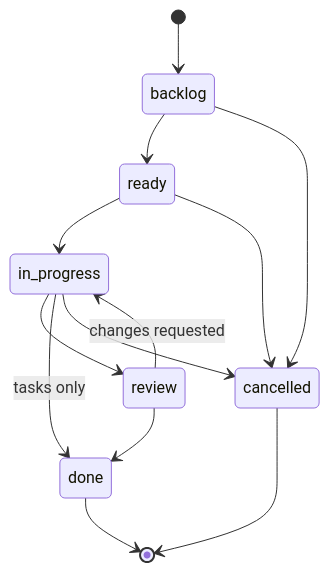
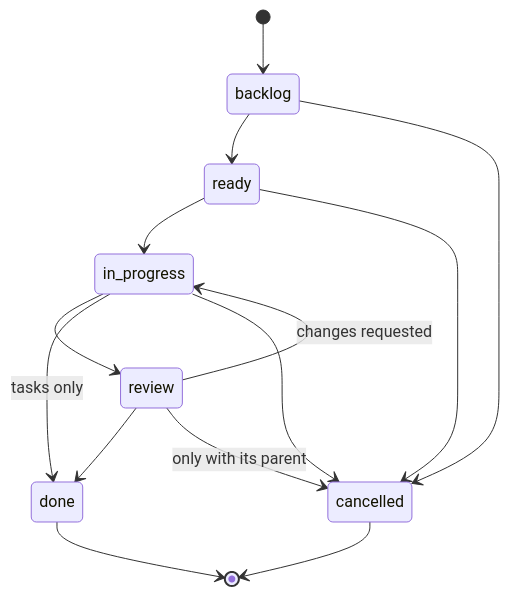
Before and after one commit to bytepunx/system-flow: the second of 2 diagrams in design/system/work-hierarchy.md, drawn with Mermaid. The commit also changed other lines of this file and 10 other files, not shown here.

First line of the commit message:
docs: [S-0070] what a cancellation does now, and what an agent does when its story is cancelled

````diff
--- a/design/system/work-hierarchy.md
+++ b/design/system/work-hierarchy.md
@@ -50,15 +50,16 @@
 ```mermaid
 stateDiagram-v2
     [*] --> backlog
     backlog --> ready
     ready --> in_progress
     in_progress --> review
     in_progress --> done: tasks only
     review --> in_progress: changes requested
     review --> done
     backlog --> cancelled
     ready --> cancelled
     in_progress --> cancelled
+    review --> cancelled: only with its parent
     done --> [*]
     cancelled --> [*]
 ```
````
